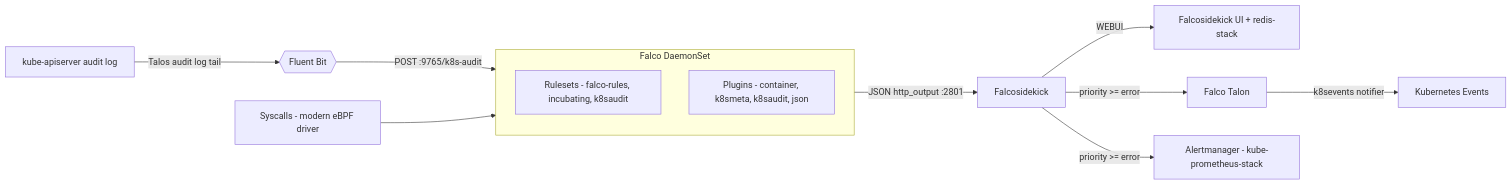
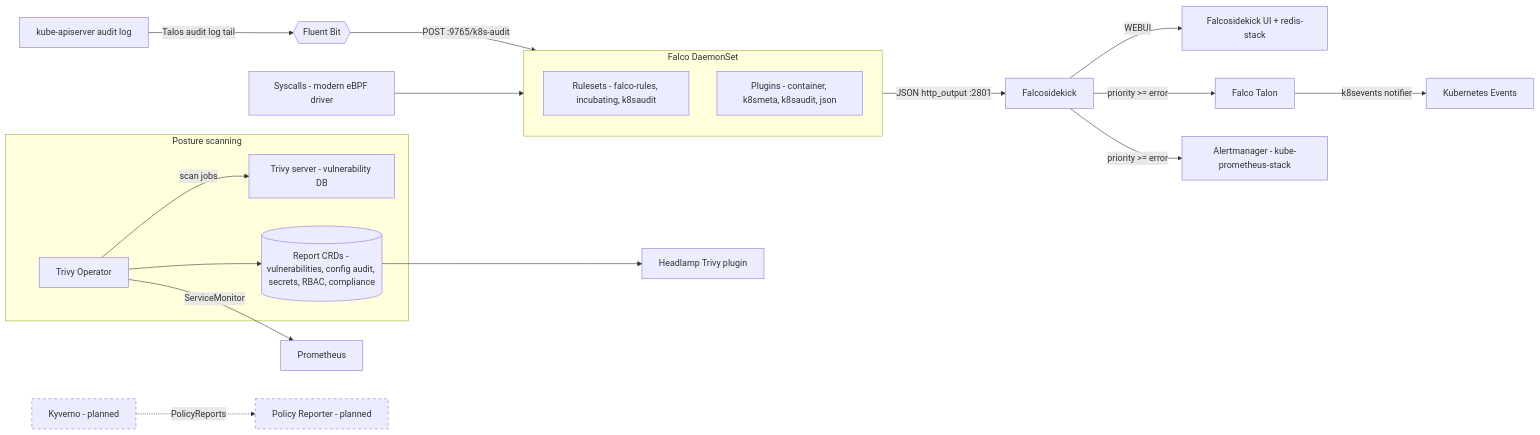
Before and after one commit to nulcell/homecloud: the second of 3 diagrams in README.md, drawn with Mermaid. The commit also changed other lines of this file and 8 other files, not shown here.

````diff
--- a/README.md
+++ b/README.md
@@ -206,22 +215,38 @@
 ```mermaid
 flowchart LR
     Sys[Syscalls - modern eBPF driver]
     Audit[kube-apiserver audit log]
     FB{{Fluent Bit}}
 
     Audit -->|Talos audit log tail| FB
     FB -->|POST :9765/k8s-audit| Falco
 
     subgraph Falco ["Falco DaemonSet"]
         Rules[Rulesets - falco-rules, incubating, k8saudit]
         Plugins[Plugins - container, k8smeta, k8saudit, json]
     end
 
     Sys --> Falco
     Falco -->|JSON http_output :2801| Sidekick[Falcosidekick]
 
     Sidekick -->|WEBUI| UI[Falcosidekick UI + redis-stack]
     Sidekick -->|priority >= error| Talon[Falco Talon]
     Sidekick -->|priority >= error| AM[Alertmanager - kube-prometheus-stack]
     Talon -->|k8sevents notifier| Events[Kubernetes Events]
+
+    subgraph Posture ["Posture scanning"]
+        Trivy[Trivy Operator]
+        TServer[Trivy server - vulnerability DB]
+        Reports[(Report CRDs - vulnerabilities, config audit, secrets, RBAC, compliance)]
+
+        Trivy -->|scan jobs| TServer
+        Trivy --> Reports
+    end
+
+    Reports --> HL[Headlamp Trivy plugin]
+    Trivy -->|ServiceMonitor| Prom[Prometheus]
+
+    Kyverno[Kyverno - planned]:::planned
+    Kyverno -.->|PolicyReports| PR[Policy Reporter - planned]:::planned
+    classDef planned stroke-dasharray: 5 5;
 ```
````
